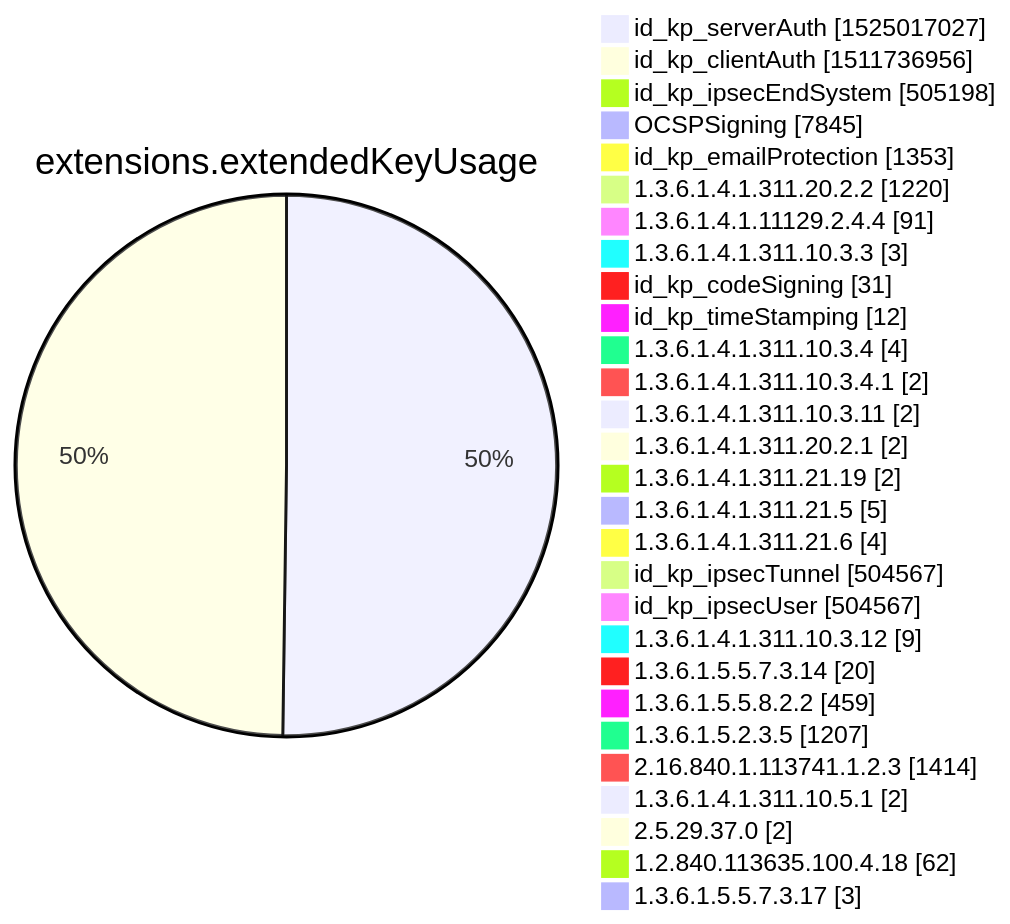
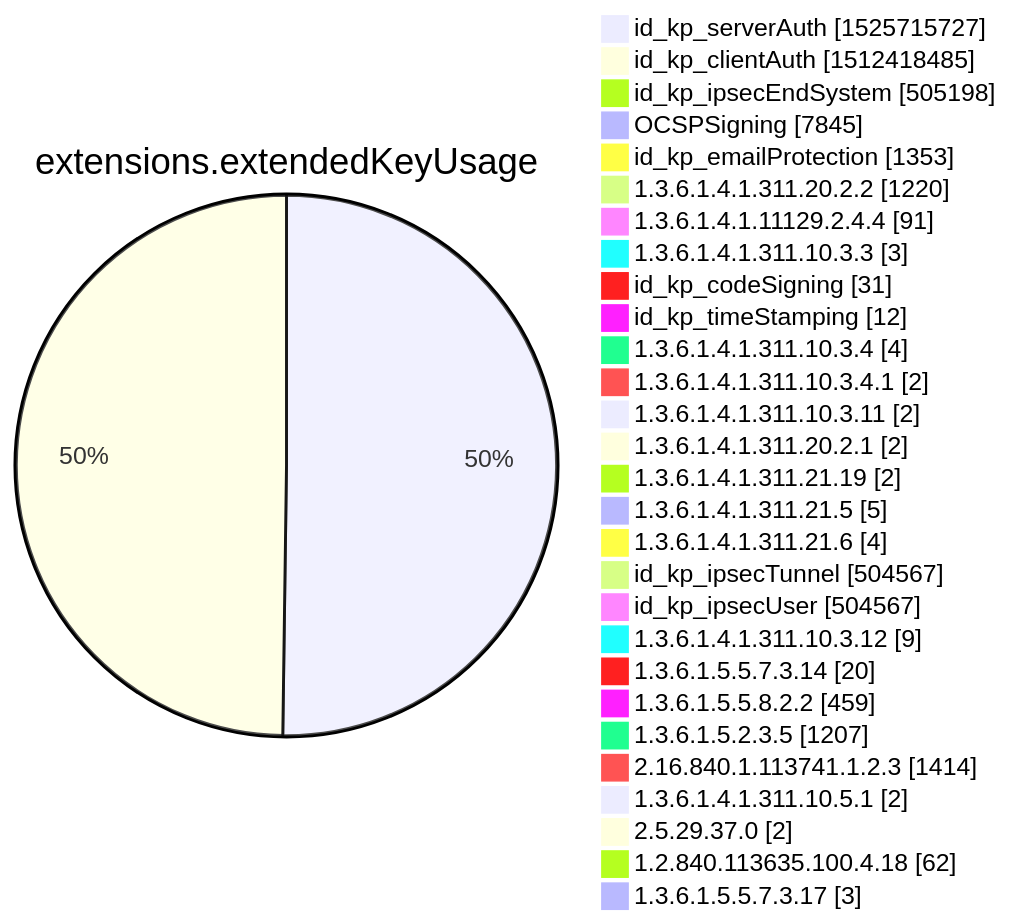
Before and after one commit to christiankrug/ctmonitor_visualization: diagram 12 of 15 in xenon2022/README.md, drawn with Mermaid. The commit also changed other lines of this file, not shown here.

````diff
--- a/xenon2022/README.md
+++ b/xenon2022/README.md
@@ -3878,32 +3878,32 @@
 ```mermaid
 pie showData
 title extensions.extendedKeyUsage
-"id_kp_serverAuth" :1525017027
-"id_kp_clientAuth" :1511736956
+"id_kp_serverAuth" :1525715727
+"id_kp_clientAuth" :1512418485
 "id_kp_ipsecEndSystem" :505198
 "OCSPSigning" :7845
 "id_kp_emailProtection" :1353
 "1.3.6.1.4.1.311.20.2.2" :1220
 "1.3.6.1.4.1.11129.2.4.4" :91
 "1.3.6.1.4.1.311.10.3.3" :3
 "id_kp_codeSigning" :31
 "id_kp_timeStamping" :12
 "1.3.6.1.4.1.311.10.3.4" :4
 "1.3.6.1.4.1.311.10.3.4.1" :2
 "1.3.6.1.4.1.311.10.3.11" :2
 "1.3.6.1.4.1.311.20.2.1" :2
 "1.3.6.1.4.1.311.21.19" :2
 "1.3.6.1.4.1.311.21.5" :5
 "1.3.6.1.4.1.311.21.6" :4
 "id_kp_ipsecTunnel" :504567
 "id_kp_ipsecUser" :504567
 "1.3.6.1.4.1.311.10.3.12" :9
 "1.3.6.1.5.5.7.3.14" :20
 "1.3.6.1.5.5.8.2.2" :459
 "1.3.6.1.5.2.3.5" :1207
 "2.16.840.1.113741.1.2.3" :1414
 "1.3.6.1.4.1.311.10.5.1" :2
 "2.5.29.37.0" :2
 "1.2.840.113635.100.4.18" :62
 "1.3.6.1.5.5.7.3.17" :3
 ```
````
